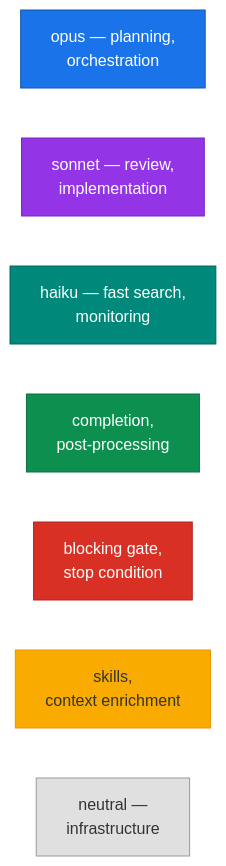
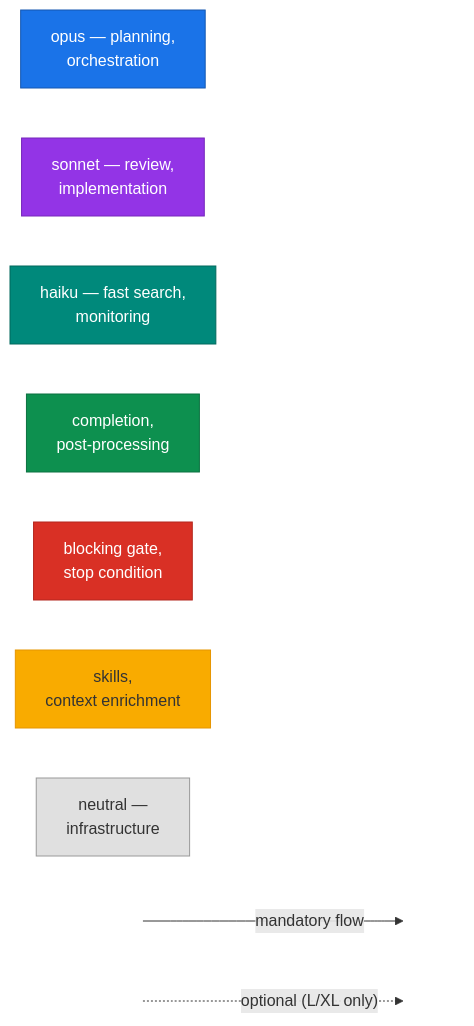
Before and after one commit to hex0xdeadbeef/claude-kit: the first of 6 diagrams in README.md, drawn with Mermaid. The commit also changed other lines of this file, not shown here.

````diff
--- a/README.md
+++ b/README.md
@@ -178,18 +178,25 @@
 ```mermaid
 flowchart LR
     L1["opus — planning,<br/>orchestration"]
     L2["sonnet — review,<br/>implementation"]
     L3["haiku — fast search,<br/>monitoring"]
     L4["completion,<br/>post-processing"]
     L5["blocking gate,<br/>stop condition"]
     L6["skills,<br/>context enrichment"]
     L7["neutral —<br/>infrastructure"]
 
+    A1[ ] -->|"mandatory flow"| A2[ ]
+    B1[ ] -.->|"optional (L/XL only)"| B2[ ]
+
     style L1 fill:#1a73e8,color:#fff,stroke:#1557b0
     style L2 fill:#9334e6,color:#fff,stroke:#7627bb
     style L3 fill:#00897b,color:#fff,stroke:#00695c
     style L4 fill:#0d904f,color:#fff,stroke:#0a7040
     style L5 fill:#d93025,color:#fff,stroke:#b3261e
     style L6 fill:#f9ab00,color:#333,stroke:#e69500
     style L7 fill:#e0e0e0,color:#333,stroke:#999
+    style A1 fill:none,stroke:none
+    style A2 fill:none,stroke:none
+    style B1 fill:none,stroke:none
+    style B2 fill:none,stroke:none
 ```
````
